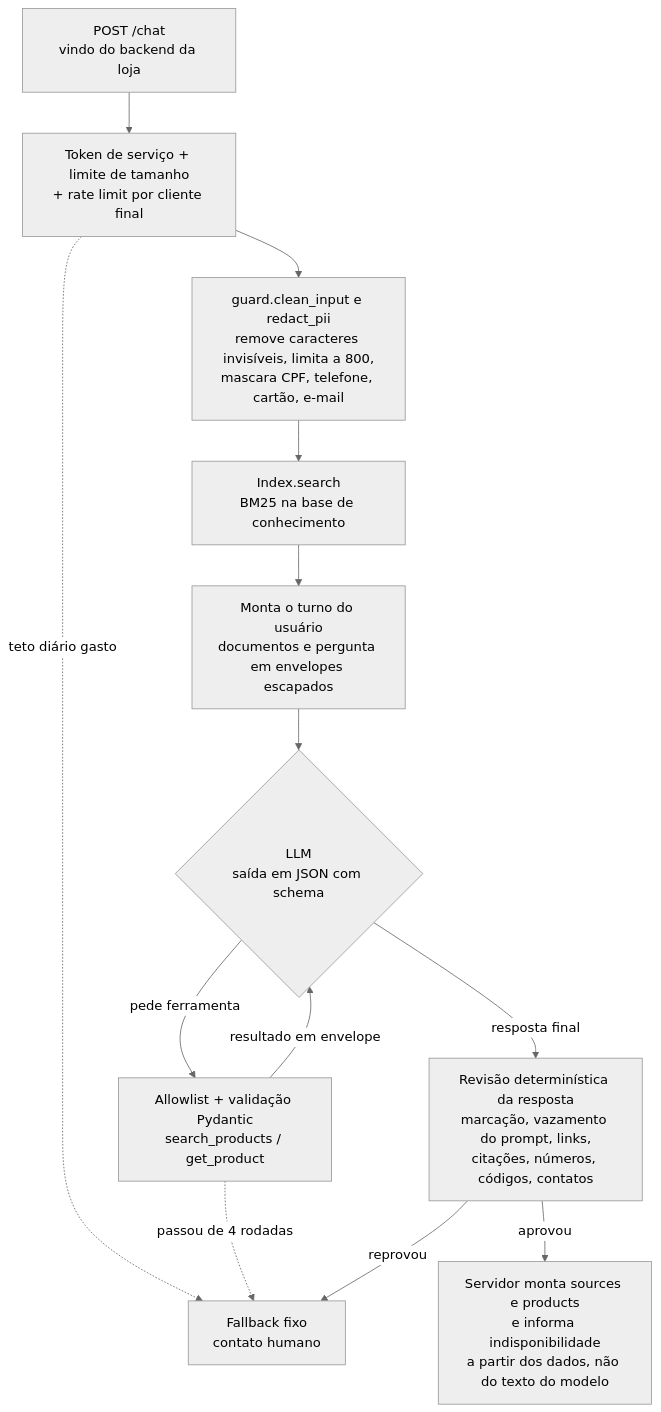
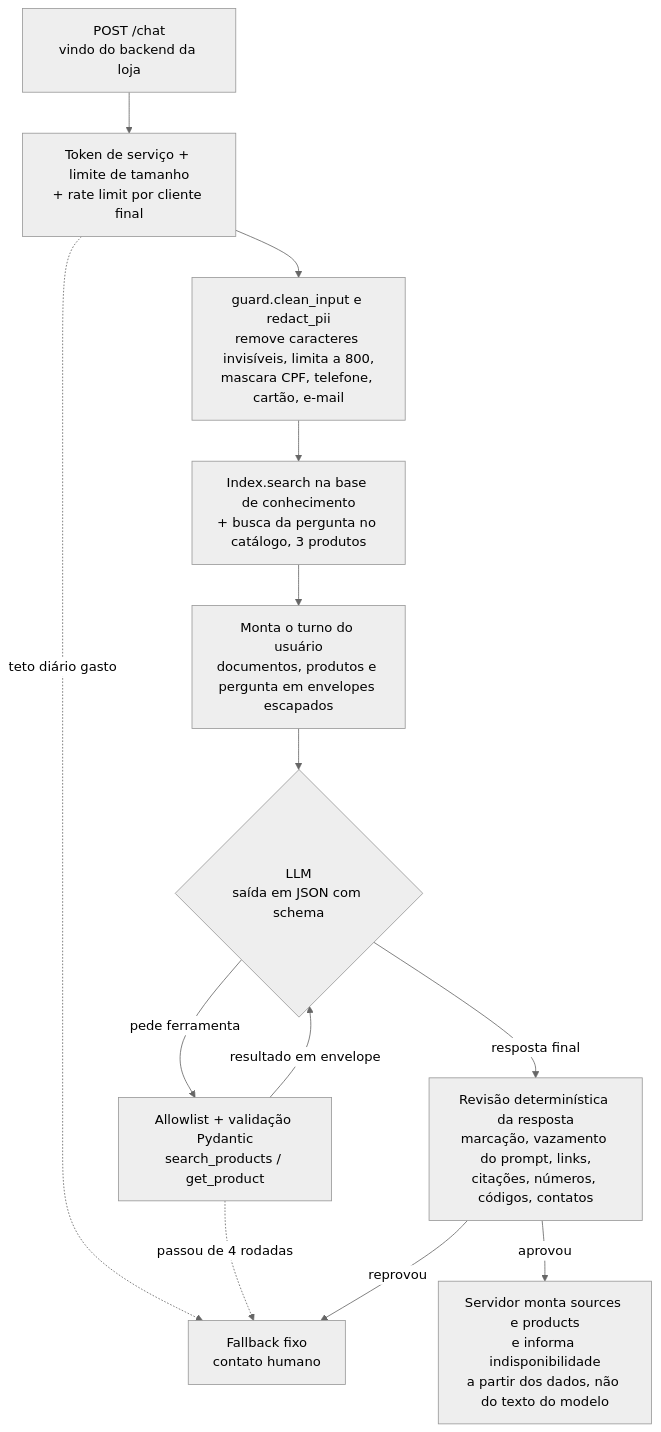
Before and after one commit to jlsm2/shopping-assistant-rag: the diagram in README.md, drawn with Mermaid (neutral theme). The commit also changed other lines of this file, not shown here.

````diff
--- a/README.md
+++ b/README.md
@@ -34,15 +34,15 @@
 ```mermaid
 flowchart TD
     A[POST /chat<br/>vindo do backend da loja] --> B[Token de serviço + limite de tamanho<br/>+ rate limit por cliente final]
     B -. teto diário gasto .-> X
     B --> C[guard.clean_input e redact_pii<br/>remove caracteres invisíveis, limita a 800,<br/>mascara CPF, telefone, cartão, e-mail]
-    C --> D[Index.search<br/>BM25 na base de conhecimento]
-    D --> E[Monta o turno do usuário<br/>documentos e pergunta em envelopes escapados]
+    C --> D[Index.search na base de conhecimento<br/>+ busca da pergunta no catálogo, 3 produtos]
+    D --> E[Monta o turno do usuário<br/>documentos, produtos e pergunta em envelopes escapados]
     E --> F{LLM<br/>saída em JSON com schema}
     F -- pede ferramenta --> G[Allowlist + validação Pydantic<br/>search_products / get_product]
     G -- resultado em envelope --> F
     G -. passou de 4 rodadas .-> X
     F -- resposta final --> H[Revisão determinística da resposta<br/>marcação, vazamento do prompt, links,<br/>citações, números, códigos, contatos]
     H -- reprovou --> X[Fallback fixo<br/>contato humano]
     H -- aprovou --> J[Servidor monta sources e products<br/>e informa indisponibilidade<br/>a partir dos dados, não do texto do modelo]
 ```
````
